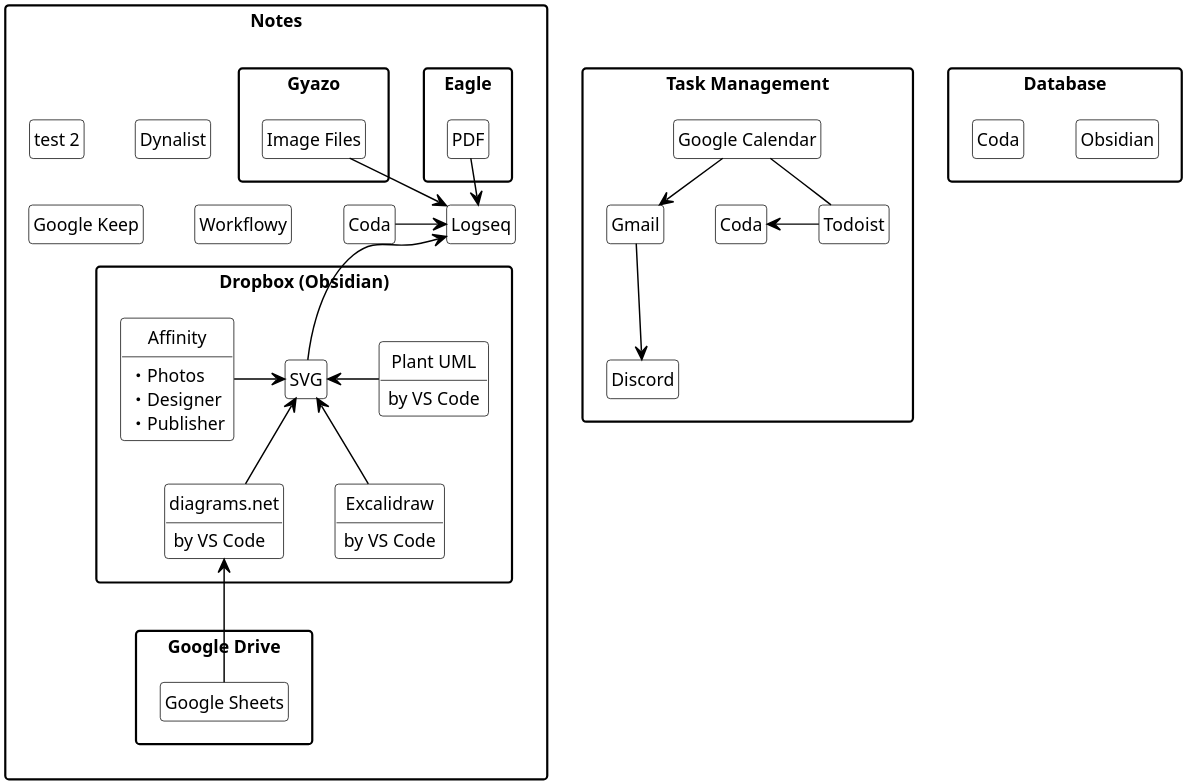
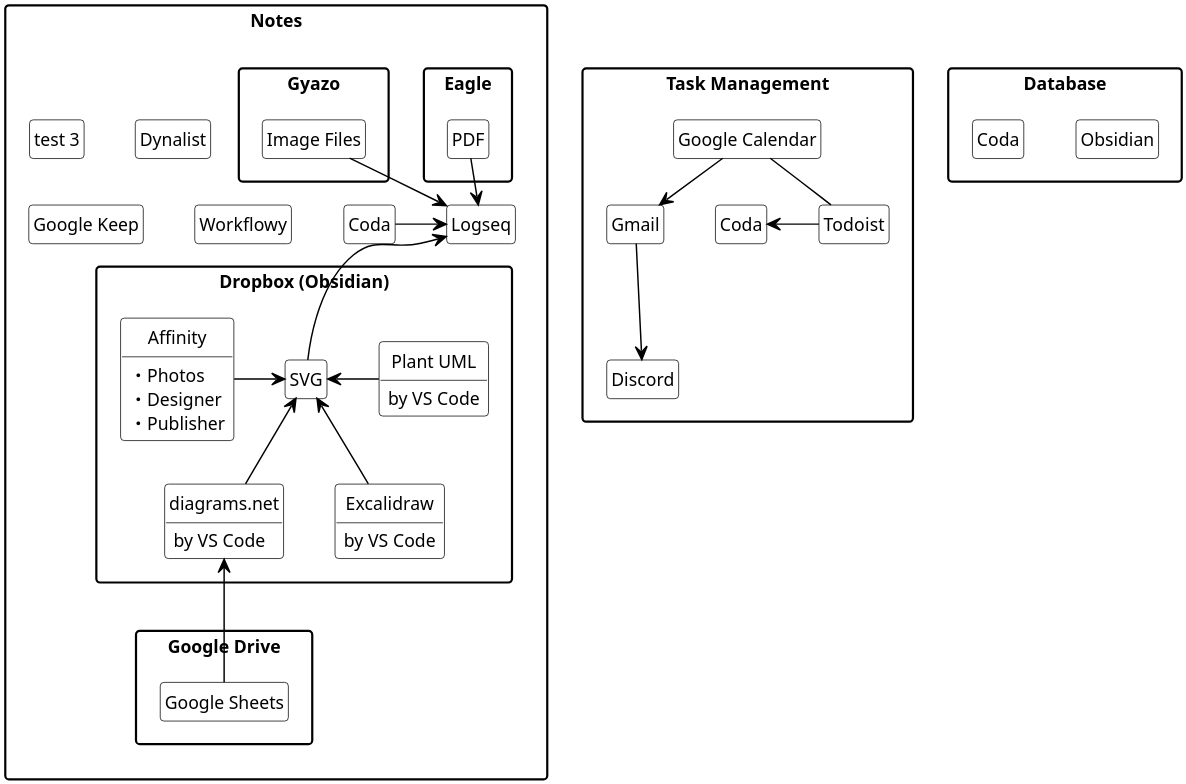
Before and after one commit to h-row-ita/embedded-assets: the diagram in Productivity Tools/default.pu, drawn with PlantUML. The commit also changed 2 other files, not shown here.

```diff
--- a/Productivity Tools/default.pu
+++ b/Productivity Tools/default.pu
@@ -1,98 +1,98 @@
 @startuml
 
 hide circle
 hide empty fields
 hide empty methods
 
 skinparam class {
     backGroundColor white
     borderColor black
     arrowColor black
 }
 
 skinparam package {
     style rectangle
 }
 
 skinparam {
     shadowing false
     ranksep 30
     dpi 300
     arrowThickness 1
     defaultFontSize 12
     arrowFontSize 8
 }
 
 package "Notes" {
-    class "test 2"
+    class "test 3"
     class "Logseq" as logseq
     package "Dropbox (Obsidian)" as dropbox{
         class "SVG" as svg
         class "diagrams.net" as diagramsnet {
             by VS Code
         }
         class "Excalidraw" as excalidraw {
             by VS Code
         }
         class "Plant UML" as plantuml {
             by VS Code
         }
         class "Affinity" as affinity {
             ・Photos
             ・Designer
             ・Publisher
         }
     }
     package "Google Drive" as googledrive {
         class "Google Sheets" as googlesheets
     }
     package "Eagle" as eagle {
         class "PDF" as pdf
     }
     package "Gyazo" as gyazo {
         class "Image Files" as imagefiles
     }
     class "Coda" as coda
     class "Dynalist" as dynalist 
     class "Google Keep" as googlekeep
     class "Workflowy" as workflowy
 }
 
 package "Database" {
     class "Obsidian" as obsidian
     class "Coda" as coda2
 }
 
 package "Task Management" {
     class "Coda" as coda3
     class "Todoist" as todoist
     class "Google Calendar" as googlecalendar
     class "Gmail" as gmail
     class "Discord" as discord
 }
 
 'Notes
 logseq <-- svg
 plantuml -u> svg
 excalidraw -u-> svg
 diagramsnet -u-> svg
 affinity -> svg
 googlesheets -u--> diagramsnet
 logseq <-u- pdf
 imagefiles --> logseq
 coda -> logseq
 
 'Database
 
 'Task Management
 googlecalendar -- todoist
 gmail <-u- googlecalendar
 gmail --> discord
 todoist -u> coda3
 
 
 
 
 
 
 @enduml
```
